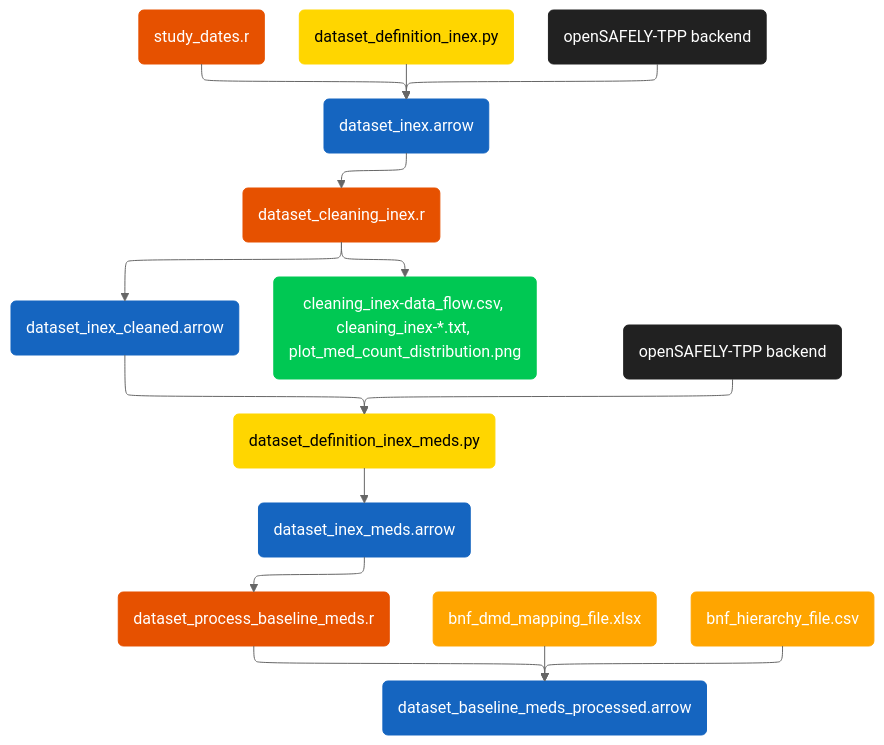
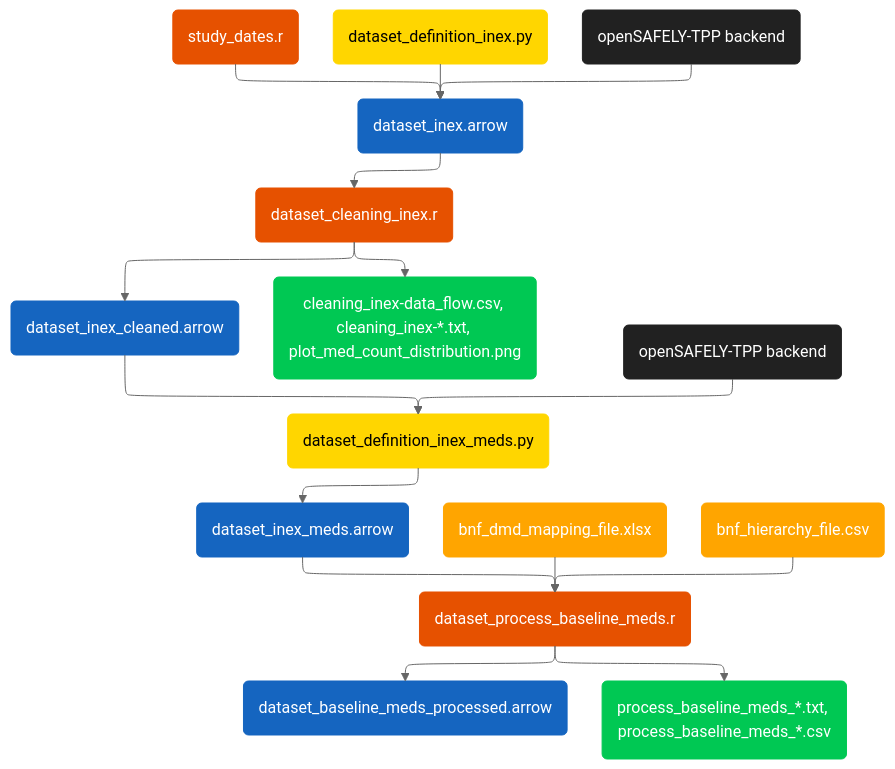
The diagram in docs/pipeline_diagram.mmd (matt-letts/ckd-deprescribing), drawn with Mermaid (neutral theme) before and after one commit. The commit also changed 1 other file, not shown here.

Commit message:
fixed pipeline diagram

```diff
--- a/docs/pipeline_diagram.mmd
+++ b/docs/pipeline_diagram.mmd
@@ -1,41 +1,44 @@
 ---
 config:
   layout: elk
   elk:
     mergeEdges: true
     nodePlacementStrategy: LINEAR_SEGMENTS
 ---
 flowchart TD
     %% define nodes
     a1("study_dates.r"):::R
     a2("dataset_definition_inex.py"):::ehrql
-    b1("openSAFELY-TPP backend"):::openSAFELY
+    p1("openSAFELY-TPP backend"):::openSAFELY
     d1("dataset_inex.arrow"):::data
     a3("dataset_cleaning_inex.r"):::R
     d2("dataset_inex_cleaned.arrow"):::data
     o1("cleaning_inex-data_flow.csv, cleaning_inex-*.txt, plot_med_count_distribution.png"):::output
     a4("dataset_definition_inex_meds.py"):::ehrql
-    b2("openSAFELY-TPP backend"):::openSAFELY
+    p2("openSAFELY-TPP backend"):::openSAFELY
     d3("dataset_inex_meds.arrow"):::data
     a5("dataset_process_baseline_meds.r"):::R
-    b3("bnf_dmd_mapping_file.xlsx"):::external
-    b4("bnf_hierarchy_file.csv"):::external
+    e3("bnf_dmd_mapping_file.xlsx"):::external
+    e4("bnf_hierarchy_file.csv"):::external
     d4("dataset_baseline_meds_processed.arrow"):::data
+    o2("process_baseline_meds_*.txt, process_baseline_meds_*.csv"):::output
 
+    %% a = analysis, d = data, o = output, p = patients, e = external file
     %% connect nodes
     
-    b1 & a1 & a2 --> d1
+    p1 & a1 & a2 --> d1
     d1 --> a3 --> o1 & d2
-    d2 & b2 --> a4 --> d3 --> a5 
-    a5 & b3 & b4 --> d4
+    d2 & p2 --> a4 --> d3 
+    d3 & e3 & e4 --> a5
+    a5 --> d4 & o2
 
     %% colour scheme
     classDef openSAFELY color:#FFFFFF, fill:#212121, stroke:#212121
     classDef ehrql color:#000000, fill:#FFD600, stroke:#FFD600
     classDef R color:#FFFFFF, fill:#E65100, stroke:#E65100
     classDef data color:#FFFFFF, fill:#1565C0, stroke:#1565C0
     classDef output color:#FFFFFF, fill:#00C853, stroke:#00C853
     classDef external color:#FFFFFF, fill:#FFA500, stroke:#FFA500
 
 %% to render this type into powershell terminal
 %% mmdc -i docs/pipeline_diagram.mmd -o docs/pipeline_diagram.svg
```
